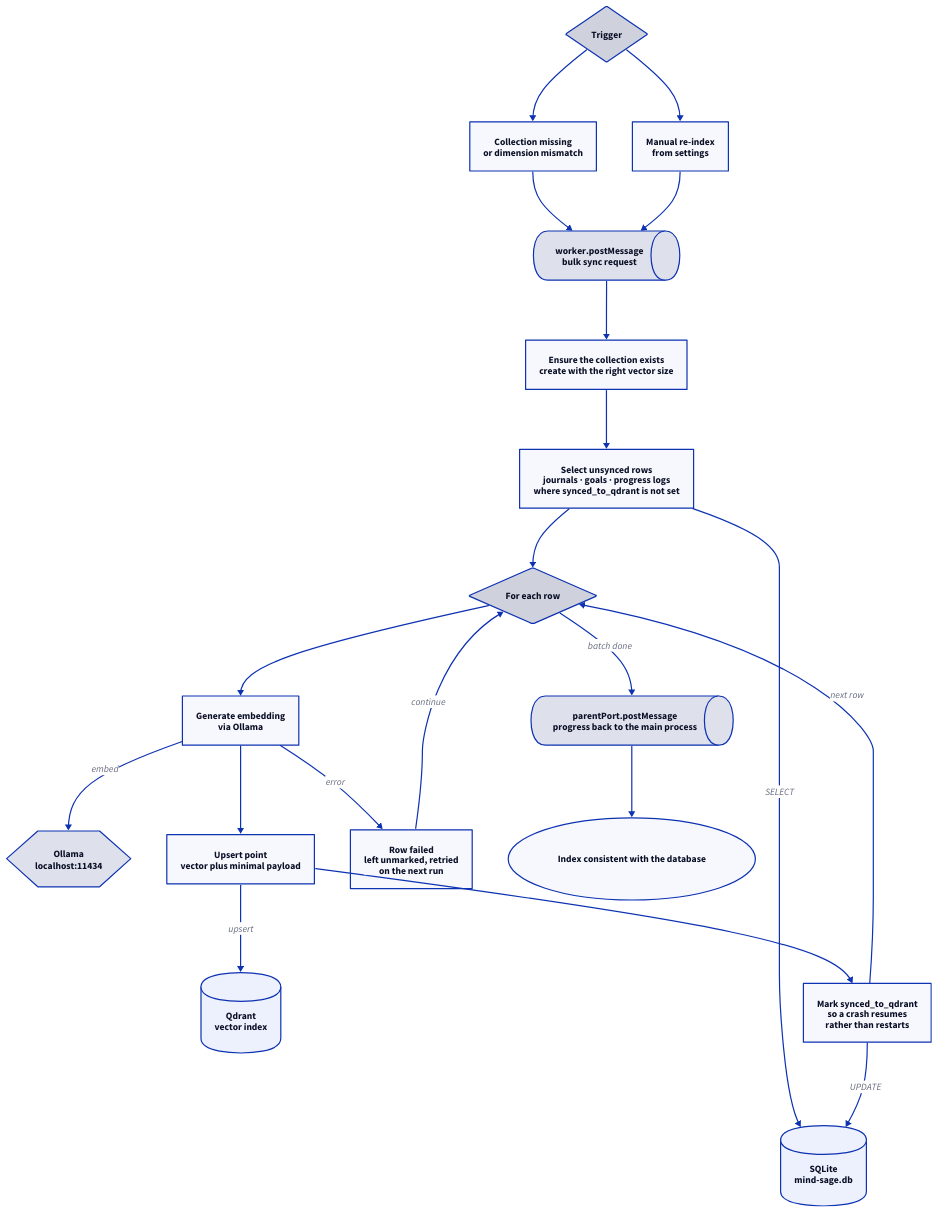
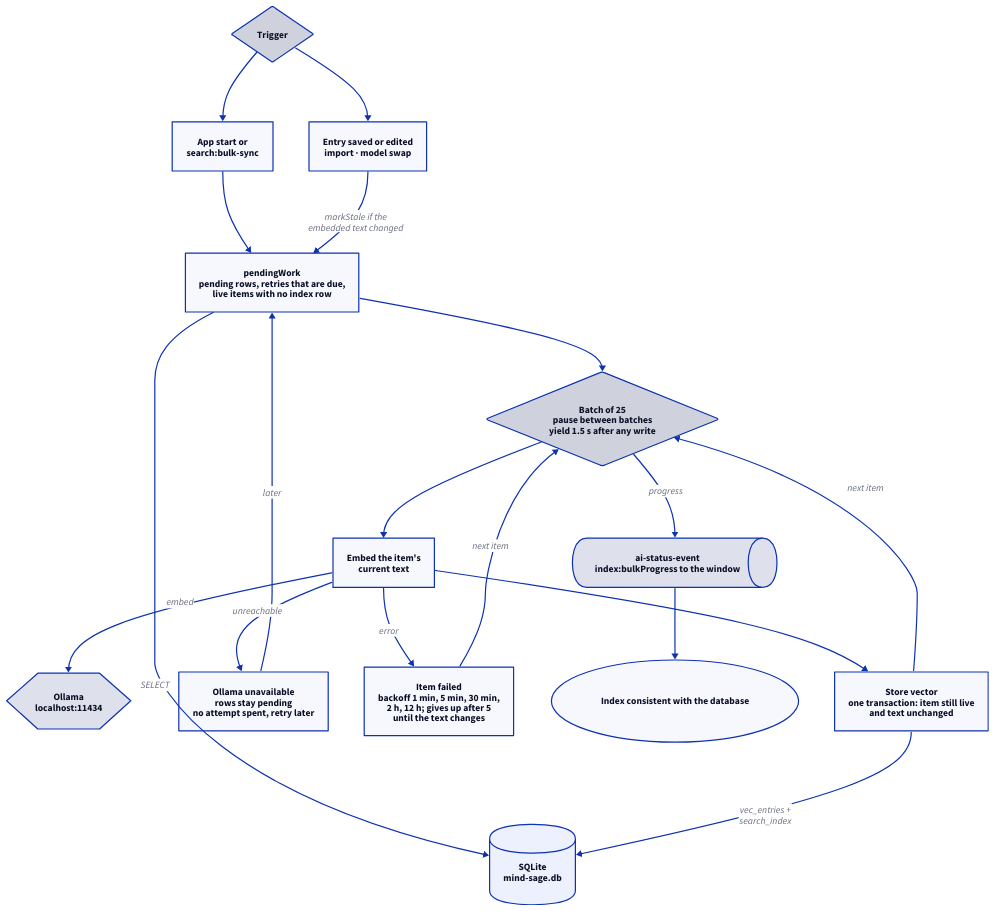
The diagram in assets/diagrams/src/bulk-sync.d2 (Arinaymaybhaskar/MindSage_desktop_app), drawn with D2 before and after one commit. The commit also changed 37 other files, not shown here.

First line of the commit message:
chore(search): remove Qdrant leftovers from the UI, diagrams and README

```diff
--- a/assets/diagrams/src/bulk-sync.d2
+++ b/assets/diagrams/src/bulk-sync.d2
@@ -1,95 +1,81 @@
-# Bulk re-indexing. Runs when the vector store is empty, stale, or rebuilt
-# after a model change. Derived from electron/qdrantWorker.js.
+# Filling the search index. Runs on a fresh install, after an upgrade from the
+# Qdrant build, for items saved while Ollama was down, and after a model change.
+# Derived from electron/services/indexer.js and electron/db/searchIndex.js.
 
 direction: down
 
 trigger: "Trigger" {
   shape: diamond
   style.stroke-width: 2
 }
 
-startup: "Collection missing\nor dimension mismatch" {
+startup: "App start or\nsearch:bulk-sync" {
   style.stroke-width: 2
 }
 
-manual: "Manual re-index\nfrom settings" {
+changed: "Entry saved or edited\nimport · model swap" {
   style.stroke-width: 2
 }
 
-post: "worker.postMessage\nbulk sync request" {
-  shape: queue
-  style.stroke-width: 2
-}
-
-collection: "Ensure the collection exists\ncreate with the right vector size" {
-  style.stroke-width: 2
-}
-
-select: "Select unsynced rows\njournals · goals · progress logs\nwhere synced_to_qdrant is not set" {
+work: "pendingWork\npending rows, retries that are due,\nlive items with no index row" {
   style.stroke-width: 2
 }
 
 sqlite: "SQLite\nmind-sage.db" {
   shape: cylinder
   style.stroke-width: 2
 }
 
-loop: "For each row" {
+batch: "Batch of 25\npause between batches\nyield 1.5 s after any write" {
   shape: diamond
   style.stroke-width: 2
 }
 
-embed: "Generate embedding\nvia Ollama" {
+embed: "Embed the item's\ncurrent text" {
   style.stroke-width: 2
 }
 
 ollama: "Ollama\nlocalhost:11434" {
   shape: hexagon
   style.stroke-width: 2
 }
 
-upsert: "Upsert point\nvector plus minimal payload" {
+store: "Store vector\none transaction: item still live\nand text unchanged" {
   style.stroke-width: 2
 }
 
-qdrant: "Qdrant\nvector index" {
-  shape: cylinder
+down: "Ollama unavailable\nrows stay pending\nno attempt spent, retry later" {
   style.stroke-width: 2
 }
 
-mark: "Mark synced_to_qdrant\nso a crash resumes\nrather than restarts" {
+failed: "Item failed\nbackoff 1 min, 5 min, 30 min,\n2 h, 12 h; gives up after 5\nuntil the text changes" {
   style.stroke-width: 2
 }
 
-failed: "Row failed\nleft unmarked, retried\non the next run" {
-  style.stroke-width: 2
-}
-
-report: "parentPort.postMessage\nprogress back to the main process" {
+report: "ai-status-event\nindex:bulkProgress to the window" {
   shape: queue
   style.stroke-width: 2
 }
 
 done: "Index consistent with the database" {
   shape: oval
   style.stroke-width: 2
 }
 
 trigger -> startup
-trigger -> manual
-startup -> post
-manual -> post
-post -> collection -> select
-select -> sqlite: "SELECT"
-select -> loop
-loop -> embed
+trigger -> changed
+startup -> work
+changed -> work: "markStale if the\nembedded text changed"
+work -> sqlite: "SELECT"
+work -> batch
+batch -> embed
 embed -> ollama: "embed"
-embed -> upsert
-upsert -> qdrant: "upsert"
-upsert -> mark
-mark -> sqlite: "UPDATE"
+embed -> store
+store -> sqlite: "vec_entries +\nsearch_index"
+embed -> down: "unreachable"
 embed -> failed: "error"
-failed -> loop: "continue"
-mark -> loop: "next row"
-loop -> report: "batch done"
+down -> work: "later"
+failed -> batch: "next item"
+store -> batch: "next item"
+batch -> report: "progress"
 report -> done
```
